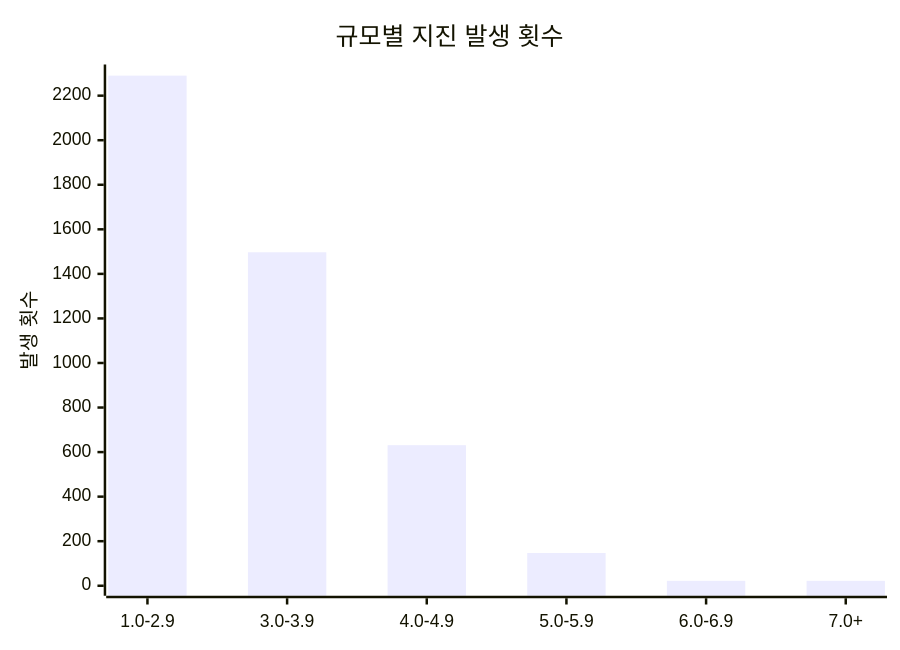
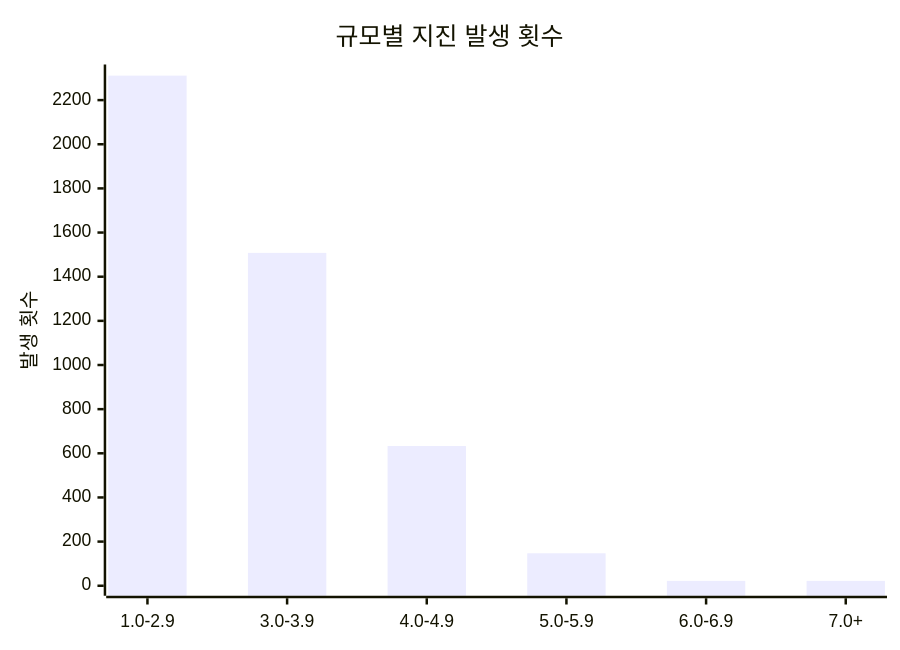
Before and after one commit to serendip811/japan-eq: the diagram in charts/magnitude-chart.md, drawn with Mermaid. The commit also changed other lines of this file and 5 other files, not shown here.

Commit message:
Update earthquake data and charts Tue Jul 28 13:55:53 UTC 2026

````diff
--- a/charts/magnitude-chart.md
+++ b/charts/magnitude-chart.md
@@ -3,7 +3,7 @@
 ```mermaid
 xychart-beta
     title "규모별 지진 발생 횟수"
     x-axis [1.0-2.9, 3.0-3.9, 4.0-4.9, 5.0-5.9, 6.0-6.9, 7.0+]
-    y-axis "발생 횟수" 0 --> 2295
-    bar [2290, 1497, 631, 147, 22, 22]
+    y-axis "발생 횟수" 0 --> 2316
+    bar [2311, 1508, 633, 147, 22, 22]
 ```
````
